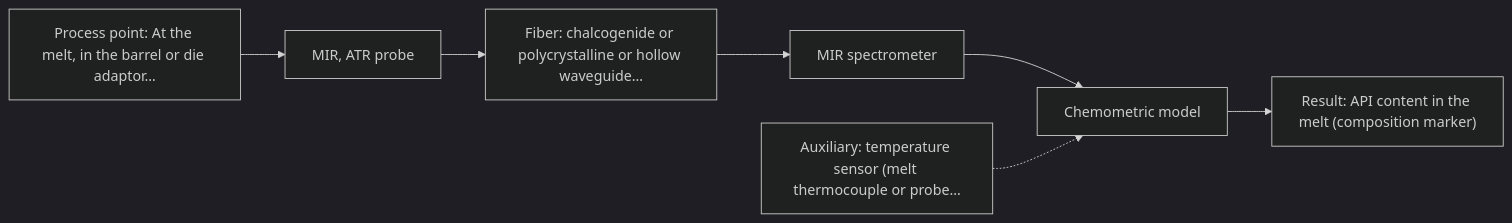
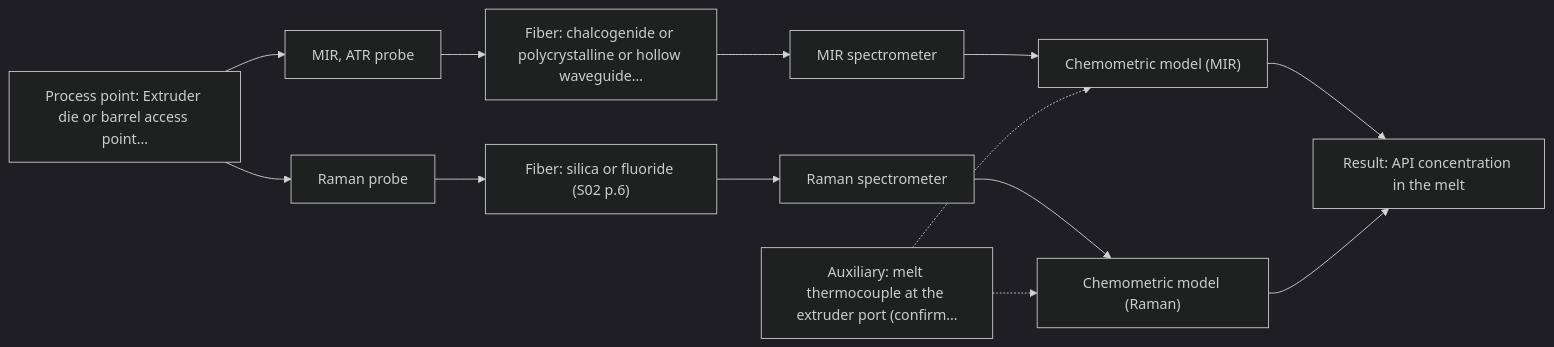
Before and after one commit to sleipnir029/Afs-Spectroscopy-Assistant: the first of 2 diagrams in outputs/dev/D07.md, drawn with Mermaid (dark theme). The commit also changed other lines of this file and 41 other files, not shown here.

````diff
--- a/outputs/dev/D07.md
+++ b/outputs/dev/D07.md
@@ -38,16 +38,26 @@
 ```mermaid
 flowchart LR
-    proc["Process point: At the melt, in the barrel or die adaptor…"]
+    proc["Process point: Extruder die or barrel access point…"]
     probe1["MIR, ATR probe"]
     fiber1["Fiber: chalcogenide or polycrystalline or hollow waveguide…"]
     spec1["MIR spectrometer"]
-    model["Chemometric model"]
-    result["Result: API content in the melt (composition marker)"]
-    aux1["Auxiliary: temperature sensor (melt thermocouple or probe…"]
+    model1["Chemometric model (MIR)"]
+    probe2["Raman probe"]
+    fiber2["Fiber: silica or fluoride (S02 p.6)"]
+    spec2["Raman spectrometer"]
+    model2["Chemometric model (Raman)"]
+    result["Result: API concentration in the melt"]
+    aux1["Auxiliary: melt thermocouple at the extruder port (confirm…"]
     proc --> probe1
     probe1 --> fiber1
     fiber1 --> spec1
-    spec1 --> model
-    model --> result
-    aux1 -.-> model
+    spec1 --> model1
+    proc --> probe2
+    probe2 --> fiber2
+    fiber2 --> spec2
+    spec2 --> model2
+    model1 --> result
+    model2 --> result
+    aux1 -.-> model1
+    aux1 -.-> model2
 ```
````
